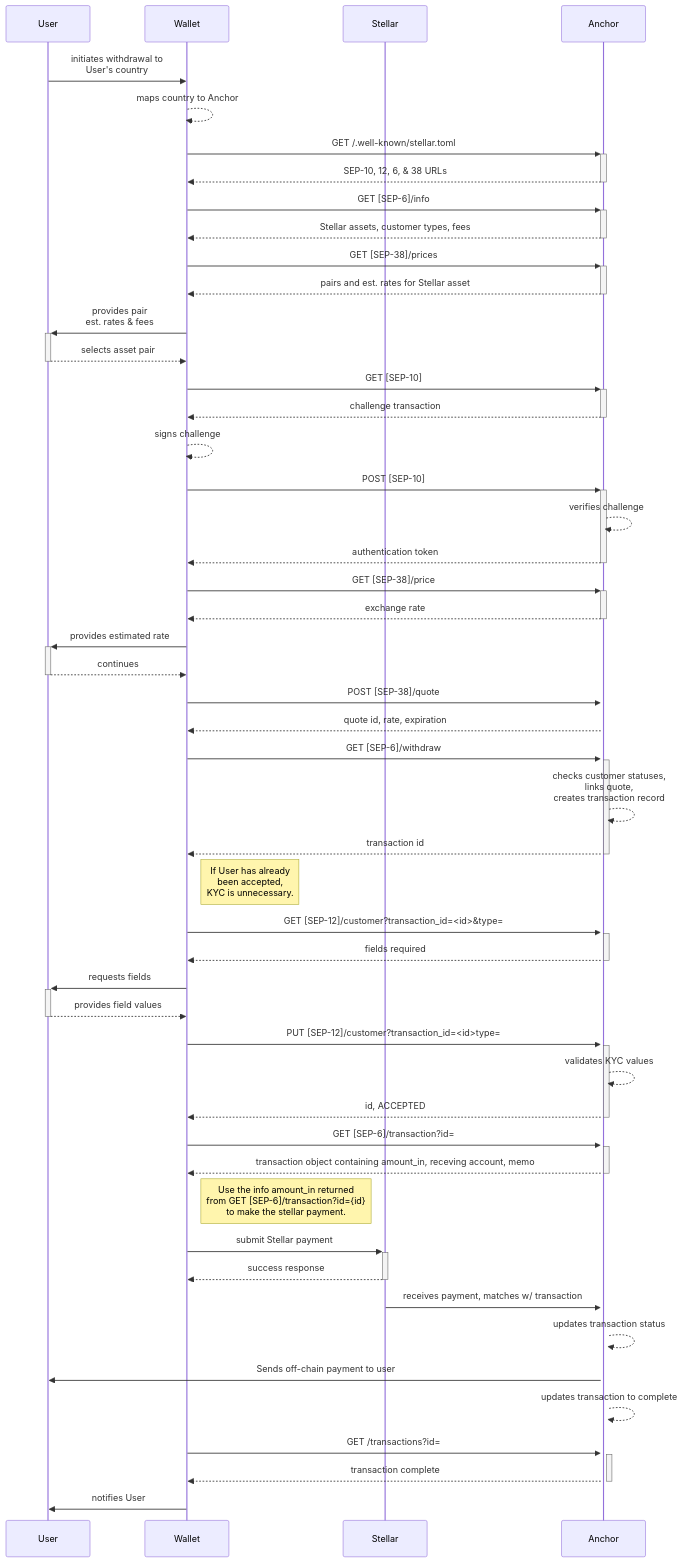
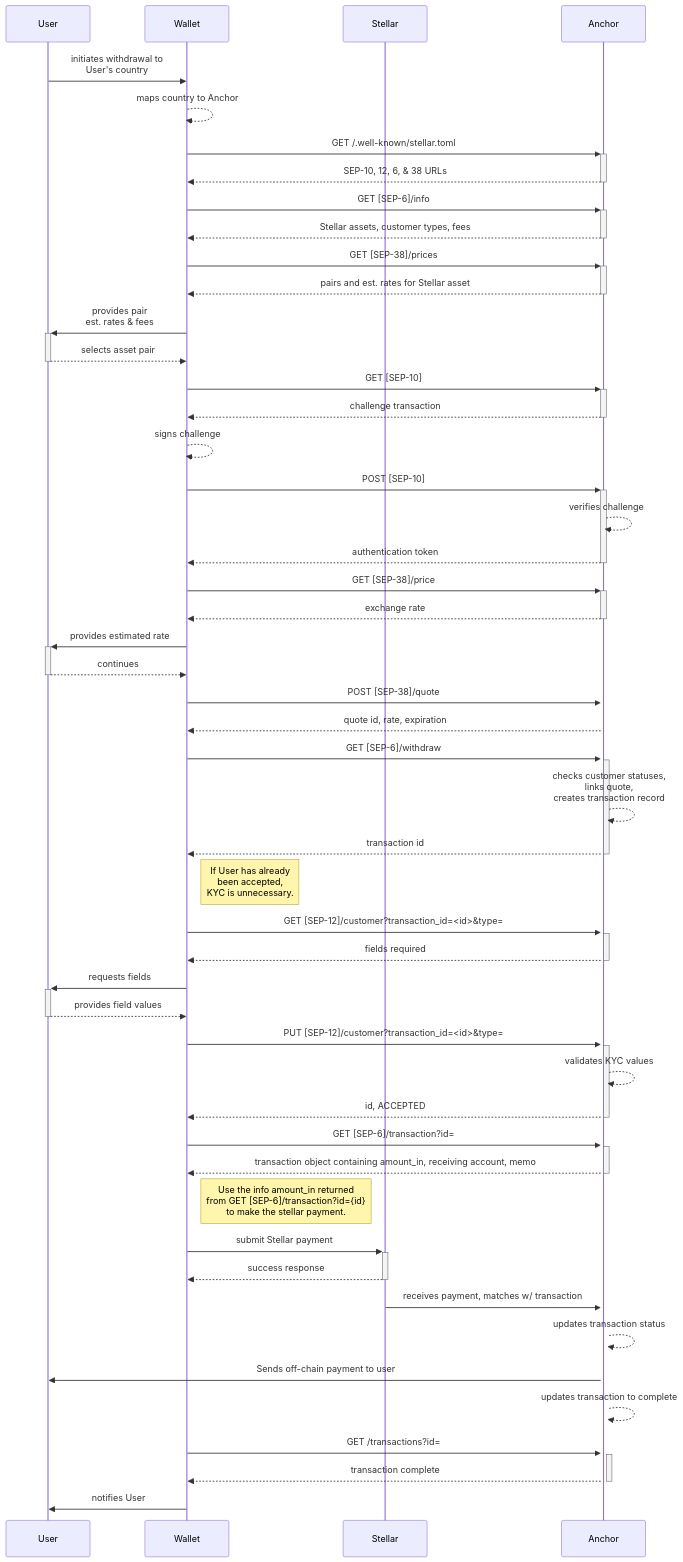
One commit to stellar/stellar-protocol changed the diagram in ecosystem/sep-0006.md. Above: the diagram before and after it, drawn with Mermaid. The commit also changed other lines of this file and 4 other files, not shown here.

First line of the commit message:
[ANCHOR-719] Update SEP31 to replace SEP12 with async kyc flow (#1502)

````diff
--- a/ecosystem/sep-0006.md
+++ b/ecosystem/sep-0006.md
@@ -51,61 +51,61 @@
 ```mermaid
 sequenceDiagram
     participant User
     participant Wallet
     participant Stellar
     participant Anchor
     User->>Wallet: initiates withdrawal to <br> User's country
     Wallet-->>Wallet: maps country to Anchor
 
     Wallet->>+Anchor: GET /.well-known/stellar.toml
     Anchor-->>-Wallet: SEP-10, 12, 6, & 38 URLs
     Wallet->>+Anchor: GET [SEP-6]/info
     Anchor-->>-Wallet: Stellar assets, customer types, fees
     Wallet->>+Anchor: GET [SEP-38]/prices
     Anchor-->>-Wallet: pairs and est. rates for Stellar asset
 
     Wallet->>+User: provides pair <br> est. rates & fees
     User-->>-Wallet: selects asset pair
 
     Wallet->>+Anchor: GET [SEP-10]
     Anchor-->>-Wallet: challenge transaction
     Wallet-->>Wallet: signs challenge
     Wallet->>+Anchor: POST [SEP-10]
     Anchor-->>Anchor: verifies challenge
     Anchor-->>-Wallet: authentication token
 
     Wallet->>+Anchor: GET [SEP-38]/price
     Anchor-->>-Wallet: exchange rate
     Wallet->>+User: provides estimated rate
     User-->>-Wallet: continues
     Wallet->>+Anchor: POST [SEP-38]/quote
     Anchor-->>Wallet: quote id, rate, expiration
 
     Wallet->>+Anchor: GET [SEP-6]/withdraw
     Anchor-->>Anchor: checks customer statuses, <br> links quote, <br> creates transaction record
     Anchor-->>-Wallet: transaction id
 
     note right of Wallet: If User has already <br> been accepted, <br> KYC is unnecessary.
     Wallet->>+Anchor: GET [SEP-12]/customer?transaction_id=<id>&type=
     Anchor-->>-Wallet: fields required
     Wallet->>+User: requests fields
     User-->>-Wallet: provides field values
-    Wallet->>+Anchor: PUT [SEP-12]/customer?transaction_id=<id>type=
+    Wallet->>+Anchor: PUT [SEP-12]/customer?transaction_id=<id>&type=
     Anchor-->>Anchor: validates KYC values
     Anchor-->>-Wallet: id, ACCEPTED
 
     Wallet->>+Anchor: GET [SEP-6]/transaction?id=
-    Anchor-->>-Wallet: transaction object containing amount_in, receving account, memo
+    Anchor-->>-Wallet: transaction object containing amount_in, receiving account, memo
     note right of Wallet: Use the info amount_in returned <br> from GET [SEP-6]/transaction?id={id} <br> to make the stellar payment.
 
     Wallet->>+Stellar: submit Stellar payment
     Stellar-->>-Wallet: success response
     Stellar->>+Anchor: receives payment, matches w/ transaction
     Anchor-->>Anchor: updates transaction status
 
     Anchor->>User: Sends off-chain payment to user
     Anchor-->>Anchor: updates transaction to complete
     Wallet->>+Anchor: GET /transactions?id=
     Anchor-->>-Wallet: transaction complete
     Wallet->>User: notifies User
 ```
````
